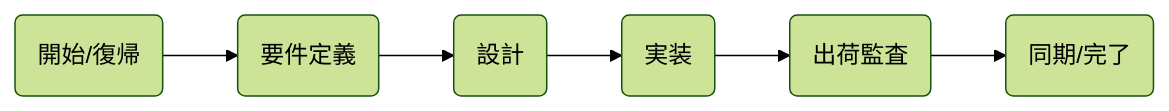
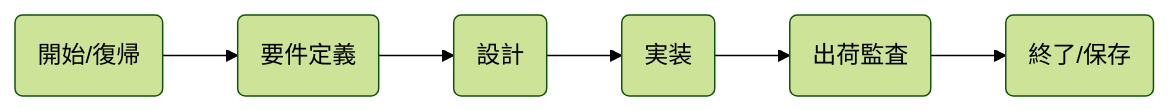
Before and after one commit to JyozukaTukasa/AntigravityRules: the diagram in ANTIGRAVITY_MANUAL.md, drawn with Mermaid (forest theme). The commit also changed other lines of this file and 21 other files, not shown here.

````diff
--- a/ANTIGRAVITY_MANUAL.md
+++ b/ANTIGRAVITY_MANUAL.md
@@ -12,8 +35,8 @@
 ```mermaid
 graph LR
     Start(開始/復帰) --> Spec(要件定義)
     Spec --> Design(設計)
     Design --> Impl(実装)
     Impl --> Ship(出荷監査)
-    Ship --> Sync(同期/完了)
+    Ship --> WrapUp(終了/保存)
 ```
````
